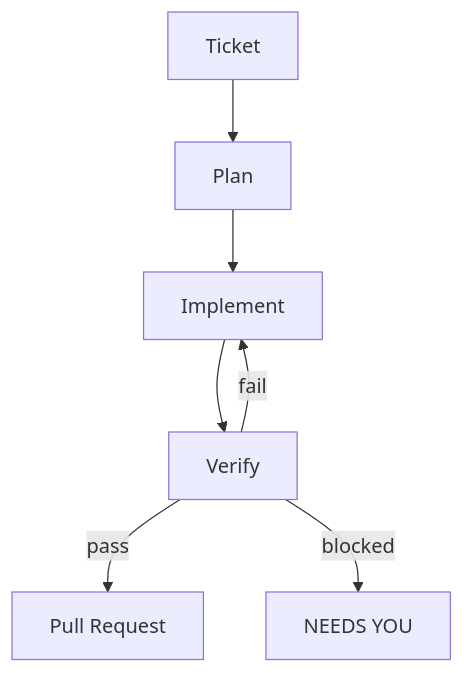
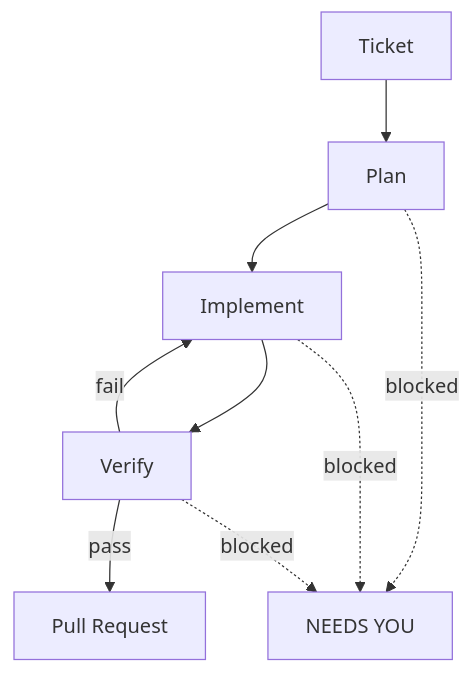
Before and after one commit to andresuarezz26/magneton: the diagram in README.md, drawn with Mermaid.

Commit message:
docs: NEEDS YOU reachable from plan, implement, and verify
Any of the three stages can block, so draw dotted 'blocked' edges from
each to NEEDS YOU instead of only from verify.

````diff
--- a/README.md
+++ b/README.md
@@ -21,9 +21,11 @@
 ```mermaid
 flowchart TD
     A[Ticket] --> B[Plan]
     B --> C[Implement]
     C --> D[Verify]
     D -->|pass| E[Pull Request]
     D -->|fail| C
-    D -->|blocked| F[NEEDS YOU]
+    B -. blocked .-> F[NEEDS YOU]
+    C -. blocked .-> F
+    D -. blocked .-> F
 ```
````
